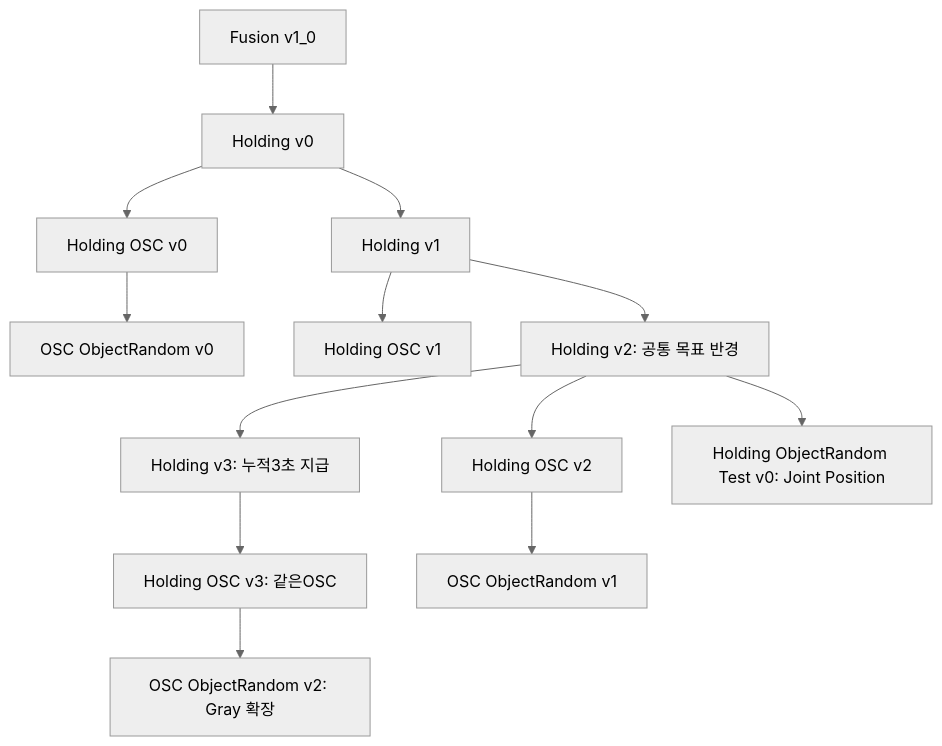
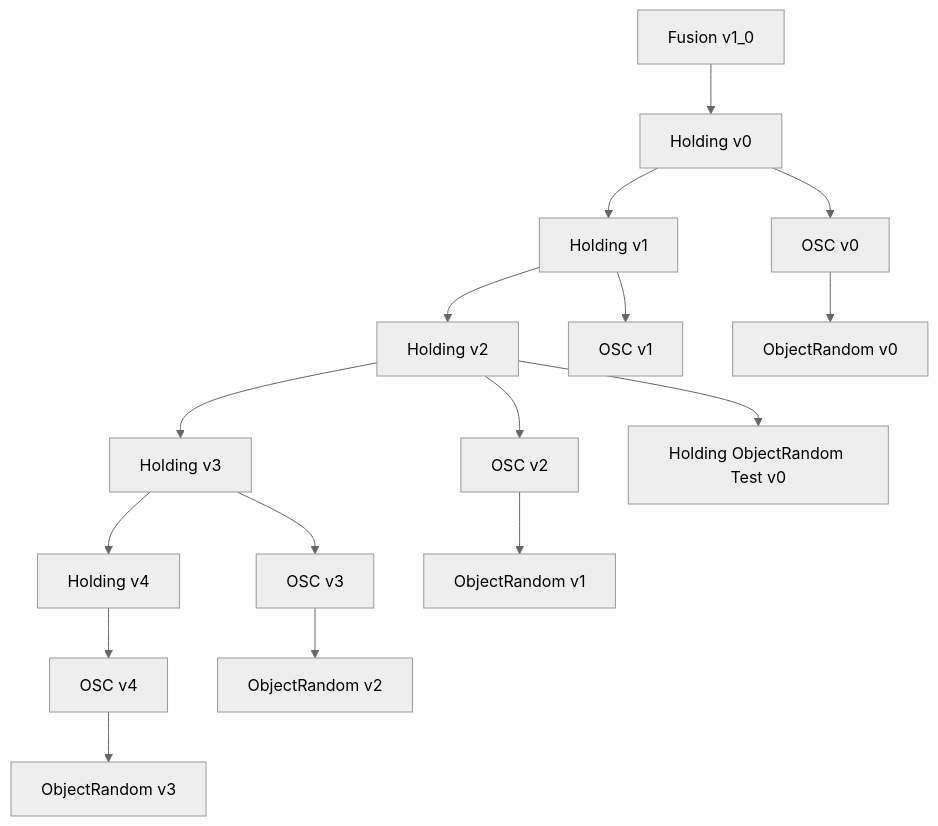
The diagram in 02_implementation/environments/FUSION_HOLDING_FAMILY.md (7cmdehdrb/Contact-Rich-Manipulation-Context), drawn with Mermaid (neutral theme) before and after one commit. The commit also changed other lines of this file and 17 other files, not shown here.

````diff
--- a/02_implementation/environments/FUSION_HOLDING_FAMILY.md
+++ b/02_implementation/environments/FUSION_HOLDING_FAMILY.md
@@ -66,15 +11,18 @@
 ```mermaid
 flowchart TD
     F["Fusion v1_0"] --> H0["Holding v0"]
     H0 --> H1["Holding v1"]
-    H0 --> O0["Holding OSC v0"]
-    O0 --> R0["OSC ObjectRandom v0"]
-    H1 --> O1["Holding OSC v1"]
-    H1 --> H2["Holding v2: 공통 목표 반경"]
-    H2 --> O2["Holding OSC v2"]
-    H2 --> H3["Holding v3: 누적3초 지급"]
-    H3 --> O3["Holding OSC v3: 같은OSC"]
-    O3 --> R2["OSC ObjectRandom v2: Gray 확장"]
-    H2 --> JRT["Holding ObjectRandom Test v0: Joint Position"]
-    O2 --> R1["OSC ObjectRandom v1"]
+    H1 --> H2["Holding v2"]
+    H2 --> H3["Holding v3"]
+    H3 --> H4["Holding v4"]
+    H0 --> O0["OSC v0"]
+    H1 --> O1["OSC v1"]
+    H2 --> O2["OSC v2"]
+    H3 --> O3["OSC v3"]
+    H4 --> O4["OSC v4"]
+    O0 --> R0["ObjectRandom v0"]
+    O2 --> R1["ObjectRandom v1"]
+    O3 --> R2["ObjectRandom v2"]
+    O4 --> R3["ObjectRandom v3"]
+    H2 --> T["Holding ObjectRandom Test v0"]
 ```
````
